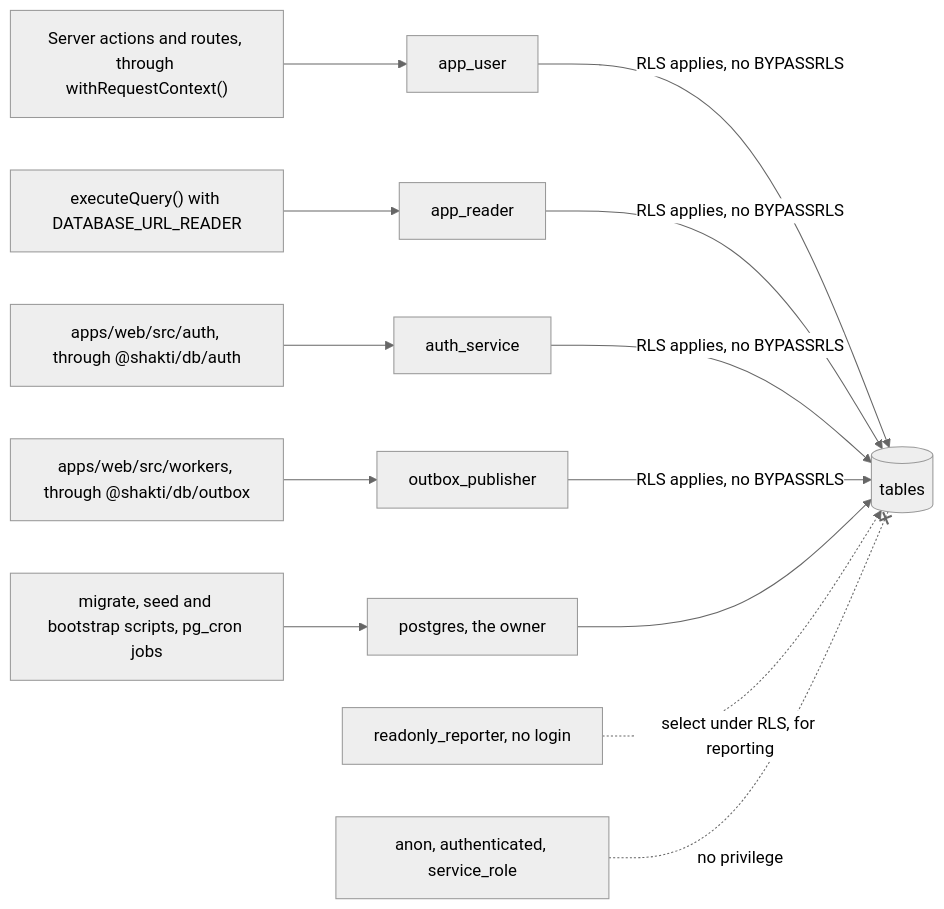
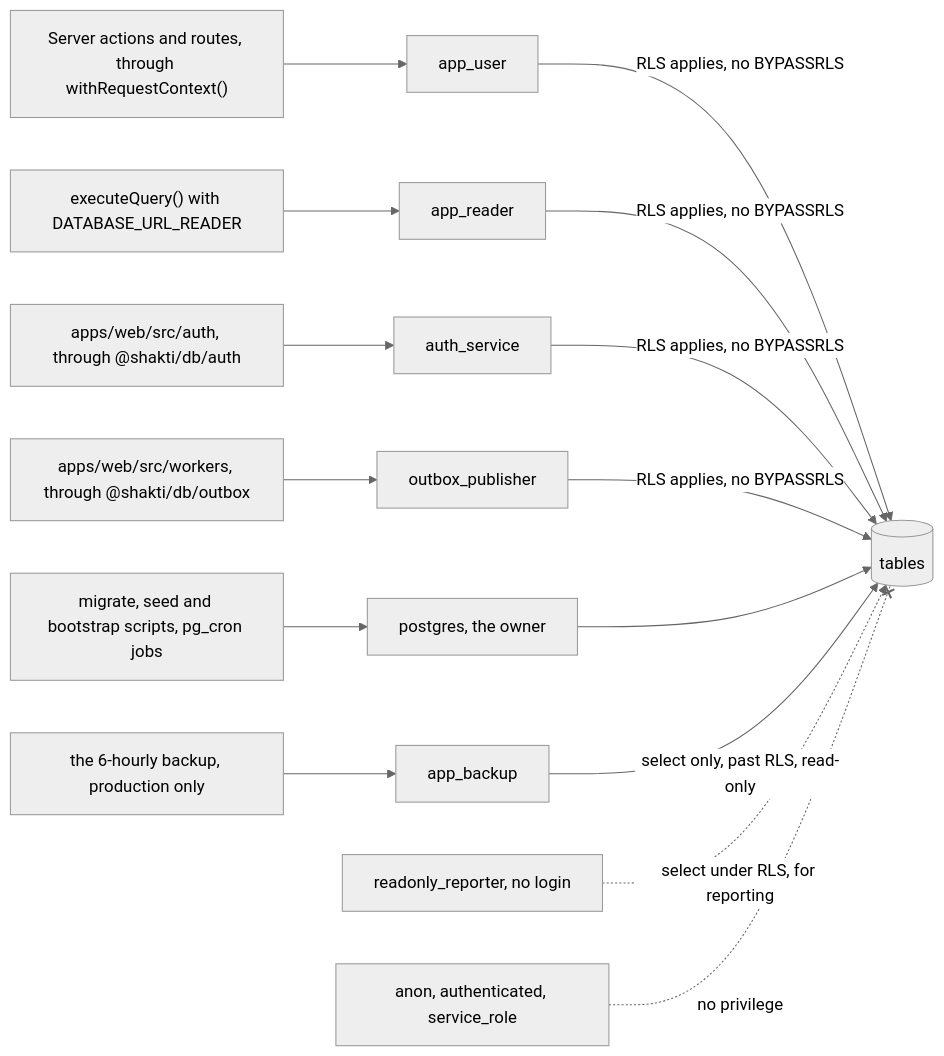
The first of 2 diagrams in docs/05-database.md (techaust/shakti_prime), drawn with Mermaid (neutral theme) before and after one commit. The commit also changed other lines of this file and 19 other files, not shown here.

````diff
--- a/docs/05-database.md
+++ b/docs/05-database.md
@@ -41,14 +41,16 @@
 ```mermaid
 flowchart LR
   WEB["Server actions and routes, through withRequestContext()"] --> AU[app_user]
   QRY["executeQuery() with DATABASE_URL_READER"] --> AR[app_reader]
   AUTH["apps/web/src/auth, through @shakti/db/auth"] --> AS[auth_service]
   WRK["apps/web/src/workers, through @shakti/db/outbox"] --> OP[outbox_publisher]
   SCR["migrate, seed and bootstrap scripts, pg_cron jobs"] --> OW["postgres, the owner"]
+  BAK["the 6-hourly backup, production only"] --> AB[app_backup]
   RR["readonly_reporter, no login"]
   API["anon, authenticated, service_role"]
   AU & AR & AS & OP -->|RLS applies, no BYPASSRLS| T[("tables")]
   OW --> T
+  AB -->|select only, past RLS, read-only| T
   RR -.->|select under RLS, for reporting| T
   API -.-x|no privilege| T
 ```
````
